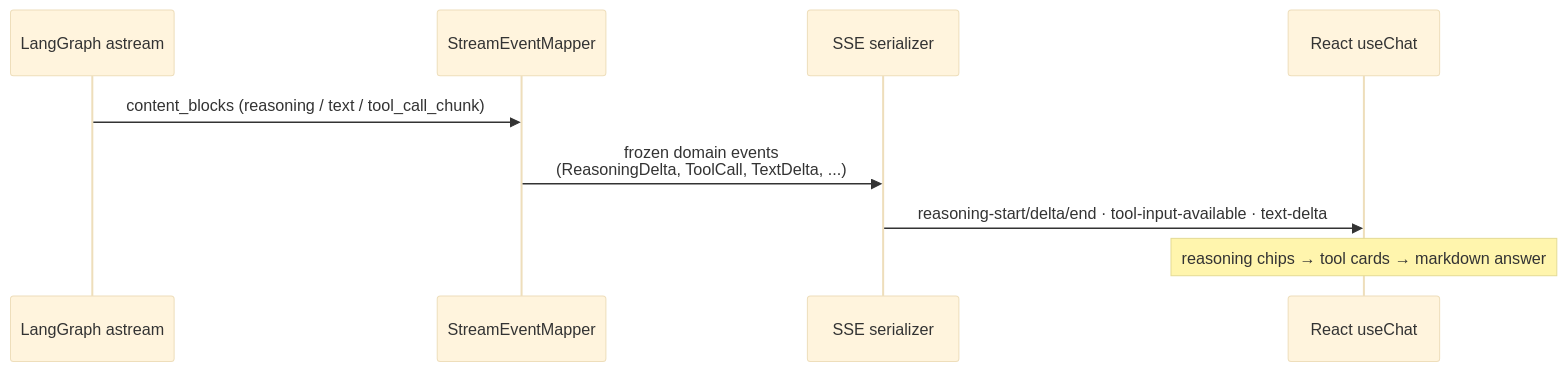
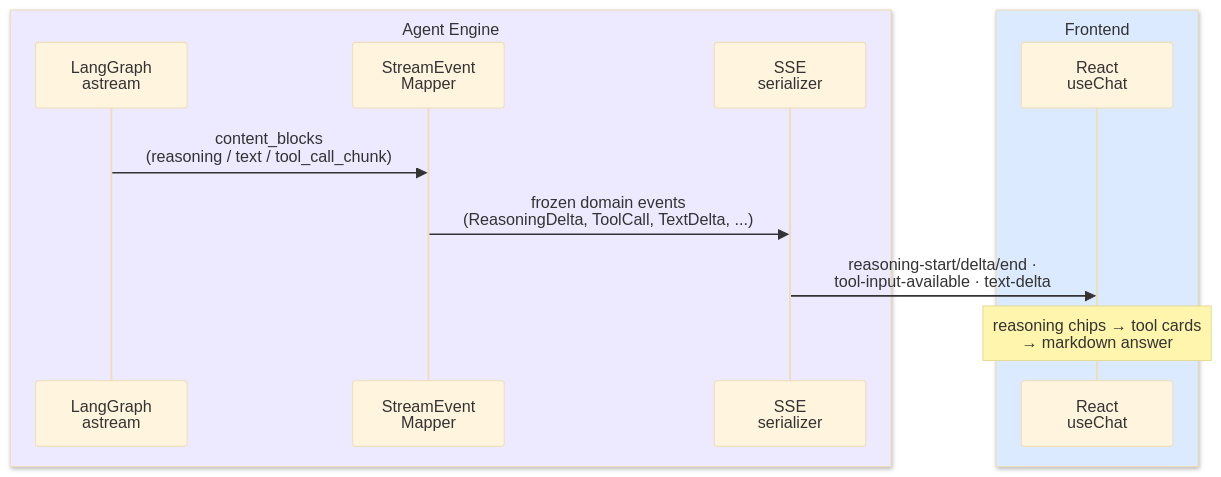
The third of 3 diagrams in README.md (wei-yiting/fin-lab-x), drawn with Mermaid (base theme) before and after one commit. The commit also changed other lines of this file, not shown here.

First line of the commit message:
docs(readme): color mermaid diagrams, compact layouts

````diff
--- a/README.md
+++ b/README.md
@@ -151,12 +174,16 @@
 ```mermaid
 sequenceDiagram
-    participant LG as LangGraph astream
-    participant EM as StreamEventMapper
-    participant SER as SSE serializer
-    participant UI as React useChat
+    box rgb(237, 233, 254) Agent Engine
+        participant LG as LangGraph<br/>astream
+        participant EM as StreamEvent<br/>Mapper
+        participant SER as SSE<br/>serializer
+    end
+    box rgb(219, 234, 254) Frontend
+        participant UI as React<br/>useChat
+    end
 
-    LG->>EM: content_blocks (reasoning / text / tool_call_chunk)
+    LG->>EM: content_blocks<br/>(reasoning / text / tool_call_chunk)
     EM->>SER: frozen domain events<br/>(ReasoningDelta, ToolCall, TextDelta, ...)
-    SER->>UI: reasoning-start/delta/end · tool-input-available · text-delta
-    Note over UI: reasoning chips → tool cards → markdown answer
+    SER->>UI: reasoning-start/delta/end ·<br/>tool-input-available · text-delta
+    Note over UI: reasoning chips → tool cards<br/>→ markdown answer
 ```
````
